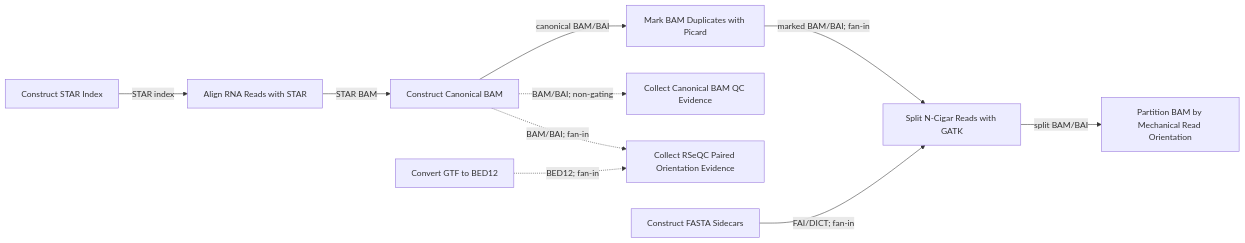
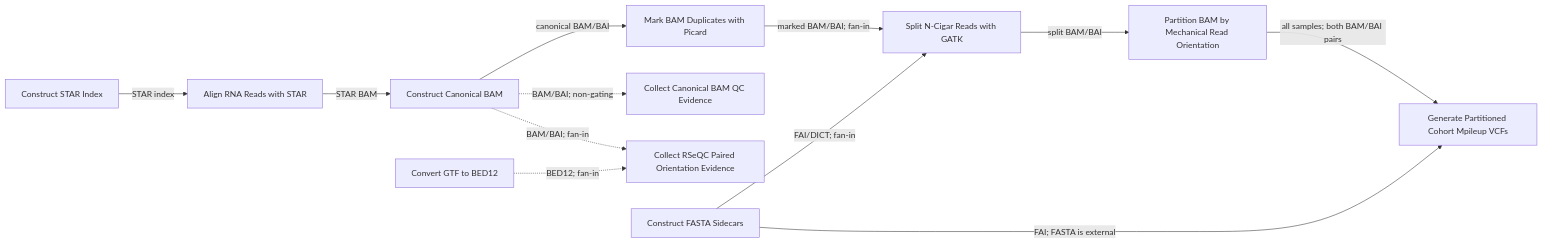
The diagram in src/norad/contracts/STAGE_MAP.md (lab-cats/EMRYS), drawn with Mermaid before and after one commit. The commit also changed other lines of this file, not shown here.

Commit message:
docs: map cohort mpileup barriers

````diff
--- a/src/norad/contracts/STAGE_MAP.md
+++ b/src/norad/contracts/STAGE_MAP.md
@@ -106,23 +111,26 @@
 ```mermaid
 flowchart LR
     construct_STAR_index["Construct STAR Index"]
     convert_GTF_to_BED12["Convert GTF to BED12"]
     construct_FASTA_sidecars["Construct FASTA Sidecars"]
     align_RNA_reads_with_STAR["Align RNA Reads with STAR"]
     construct_canonical_BAM["Construct Canonical BAM"]
     collect_canonical_BAM_QC_evidence["Collect Canonical BAM QC Evidence"]
     collect_RSeQC_paired_orientation_evidence["Collect RSeQC Paired Orientation Evidence"]
     mark_BAM_duplicates_with_Picard["Mark BAM Duplicates with Picard"]
     split_N_cigar_reads_with_GATK["Split N-Cigar Reads with GATK"]
     partition_BAM_by_mechanical_read_orientation["Partition BAM by Mechanical Read Orientation"]
+    generate_partitioned_cohort_mpileup_VCFs["Generate Partitioned Cohort Mpileup VCFs"]
 
     construct_STAR_index -->|STAR index| align_RNA_reads_with_STAR
     align_RNA_reads_with_STAR -->|STAR BAM| construct_canonical_BAM
     construct_canonical_BAM -.->|BAM/BAI; non-gating| collect_canonical_BAM_QC_evidence
     construct_canonical_BAM -.->|BAM/BAI; fan-in| collect_RSeQC_paired_orientation_evidence
     convert_GTF_to_BED12 -.->|BED12; fan-in| collect_RSeQC_paired_orientation_evidence
     construct_canonical_BAM -->|canonical BAM/BAI| mark_BAM_duplicates_with_Picard
     mark_BAM_duplicates_with_Picard -->|marked BAM/BAI; fan-in| split_N_cigar_reads_with_GATK
     construct_FASTA_sidecars -->|FAI/DICT; fan-in| split_N_cigar_reads_with_GATK
     split_N_cigar_reads_with_GATK -->|split BAM/BAI| partition_BAM_by_mechanical_read_orientation
+    partition_BAM_by_mechanical_read_orientation -->|all samples; both BAM/BAI pairs| generate_partitioned_cohort_mpileup_VCFs
+    construct_FASTA_sidecars -->|FAI; FASTA is external| generate_partitioned_cohort_mpileup_VCFs
 ```
````
